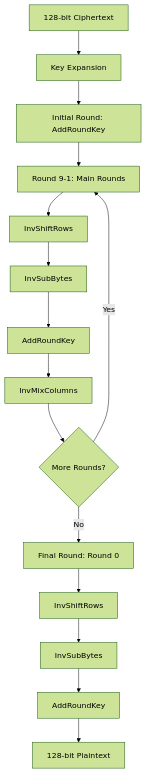
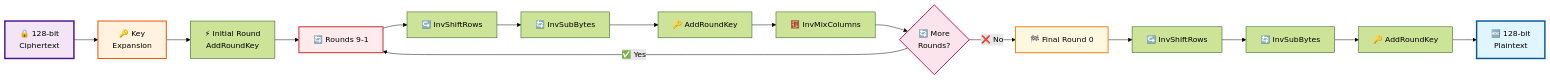
Before and after one commit to Ardhish2210/AES128-EncryptionDecryption-Verilog: the second of 2 diagrams in README.md, drawn with Mermaid (forest theme). The commit also changed other lines of this file, not shown here.

````diff
--- a/README.md
+++ b/README.md
@@ -61,17 +68,24 @@
 ```mermaid
-flowchart TD
-    A[128-bit Ciphertext] --> B[Key Expansion]
-    B --> C[Initial Round: AddRoundKey]
-    C --> D[Round 9-1: Main Rounds]
-    D --> E[InvShiftRows]
-    E --> F[InvSubBytes]
-    F --> G[AddRoundKey]
-    G --> H[InvMixColumns]
-    H --> I{More Rounds?}
-    I -->|Yes| D
-    I -->|No| J[Final Round: Round 0]
-    J --> K[InvShiftRows]
-    K --> L[InvSubBytes]
-    L --> M[AddRoundKey]
-    M --> N[128-bit Plaintext]
+flowchart LR
+    A["🔒 128-bit<br/>Ciphertext"] --> B["🔑 Key<br/>Expansion"]
+    B --> C["⚡ Initial Round<br/>AddRoundKey"]
+    C --> D["🔄 Rounds 9-1"]
+    D --> E["↪️ InvShiftRows"]
+    E --> F["🔄 InvSubBytes"]
+    F --> G["🔑 AddRoundKey"]
+    G --> H["🧮 InvMixColumns"]
+    H --> I{"🔄 More<br/>Rounds?"}
+    I -->|"✅ Yes"| D
+    I -->|"❌ No"| J["🏁 Final Round 0"]
+    J --> K["↪️ InvShiftRows"]
+    K --> L["🔄 InvSubBytes"]
+    L --> M["🔑 AddRoundKey"]
+    M --> N["🔤 128-bit<br/>Plaintext"]
+    
+    style A fill:#f3e5f5,stroke:#4a148c,stroke-width:3px
+    style N fill:#e1f5fe,stroke:#01579b,stroke-width:3px
+    style B fill:#fff3e0,stroke:#e65100,stroke-width:2px
+    style D fill:#ffebee,stroke:#c62828,stroke-width:2px
+    style J fill:#fff8e1,stroke:#f57f17,stroke-width:2px
+    style I fill:#fce4ec,stroke:#c2185b,stroke-width:2px
 ```
````
